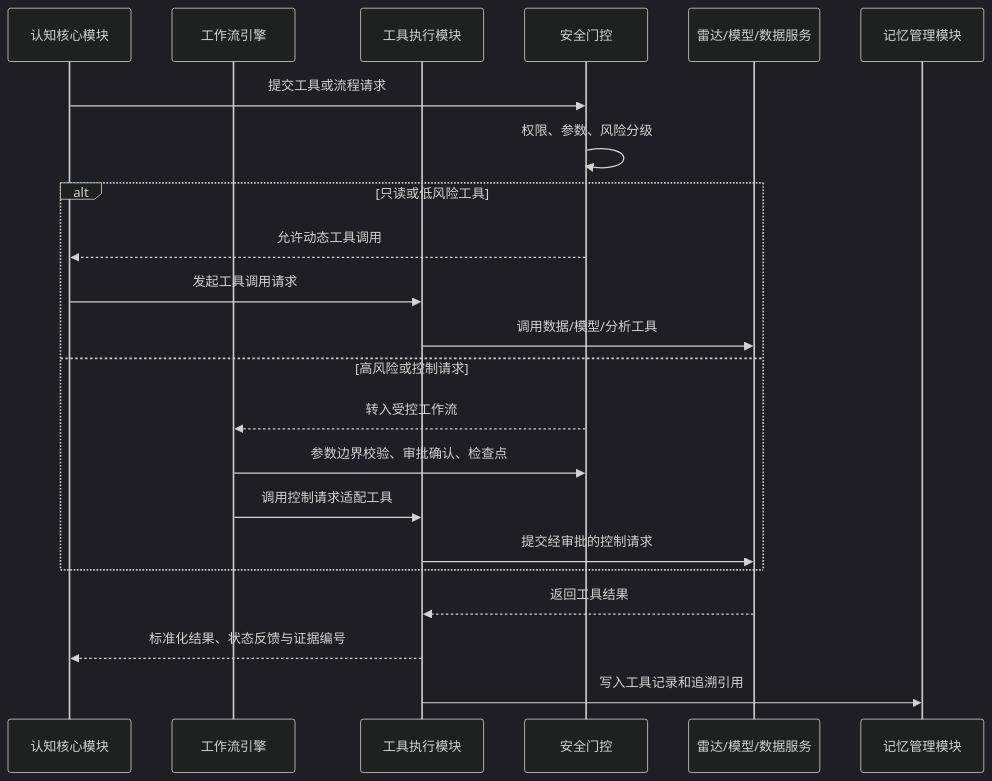
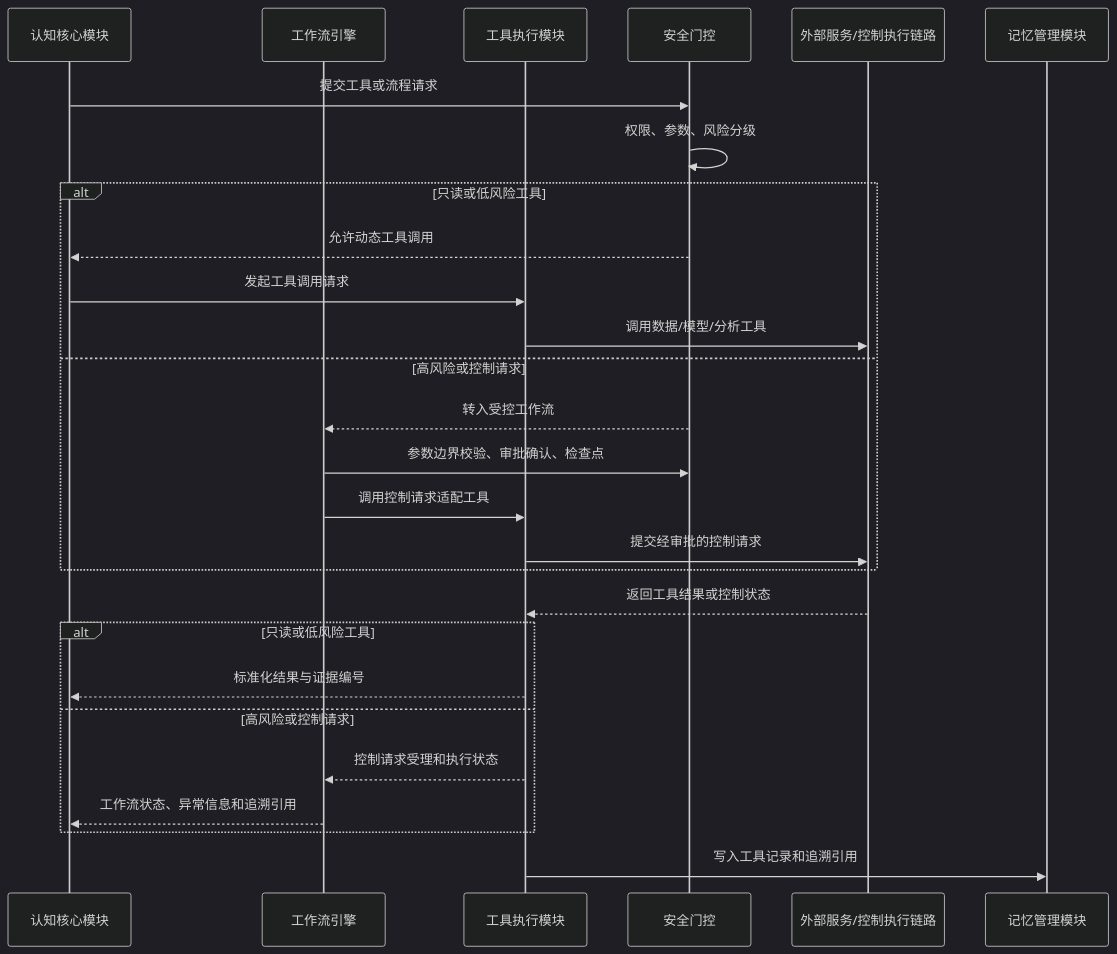
The sixth of 7 diagrams in radar agent/4.3.3.2 LD智能体子系统技术方案.md (StormSeven1/obsidian-vault), drawn with Mermaid (dark theme) before and after one commit.

Commit message:
vault backup: 2026-05-11 15:42:44

````diff
--- a/radar agent/4.3.3.2 LD智能体子系统技术方案.md
+++ b/radar agent/4.3.3.2 LD智能体子系统技术方案.md
@@ -426,25 +426,30 @@
 ```mermaid
 sequenceDiagram
     participant C as 认知核心模块
     participant W as 工作流引擎
     participant T as 工具执行模块
     participant G as 安全门控
-    participant R as 雷达/模型/数据服务
+    participant R as 外部服务/控制执行链路
     participant M as 记忆管理模块
 
     C->>G: 提交工具或流程请求
     G->>G: 权限、参数、风险分级
     alt 只读或低风险工具
         G-->>C: 允许动态工具调用
         C->>T: 发起工具调用请求
         T->>R: 调用数据/模型/分析工具
     else 高风险或控制请求
         G-->>W: 转入受控工作流
         W->>G: 参数边界校验、审批确认、检查点
         W->>T: 调用控制请求适配工具
         T->>R: 提交经审批的控制请求
     end
-    R-->>T: 返回工具结果
-    T-->>C: 标准化结果、状态反馈与证据编号
+    R-->>T: 返回工具结果或控制状态
+    alt 只读或低风险工具
+        T-->>C: 标准化结果与证据编号
+    else 高风险或控制请求
+        T-->>W: 控制请求受理和执行状态
+        W-->>C: 工作流状态、异常信息和追溯引用
+    end
     T->>M: 写入工具记录和追溯引用
 ```
````
